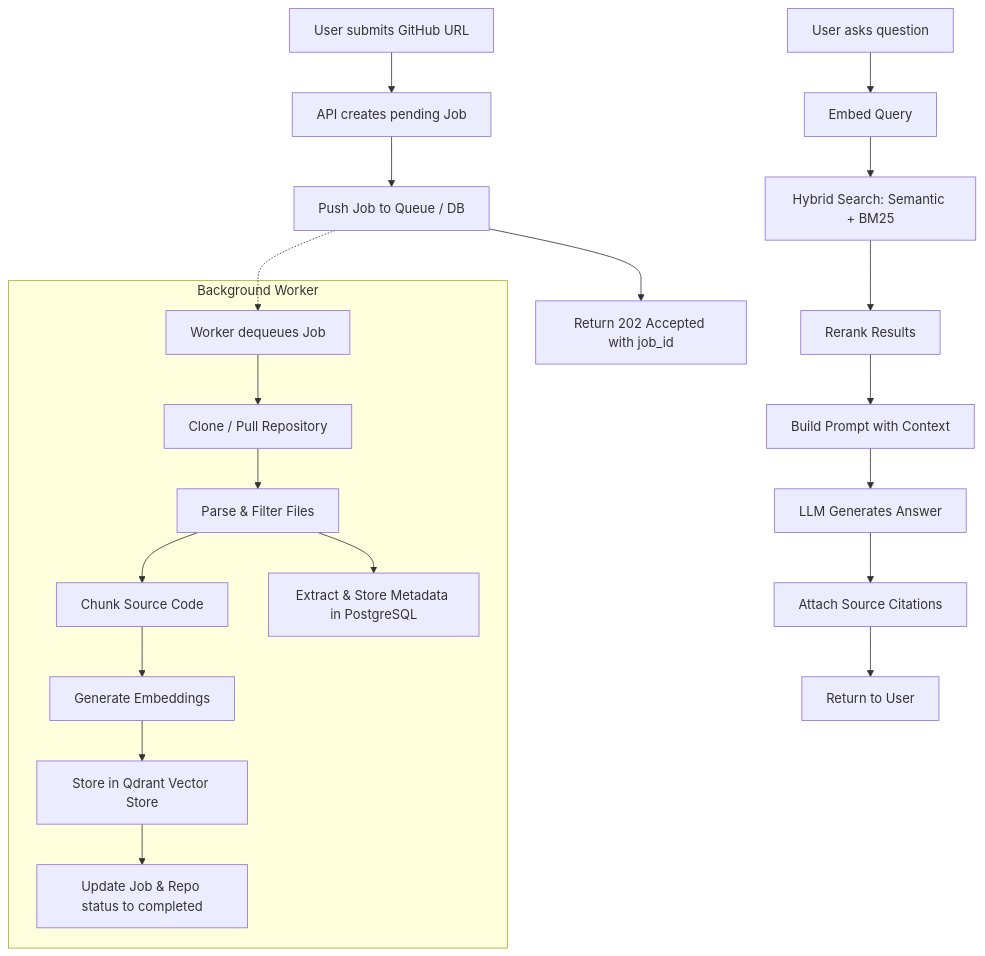
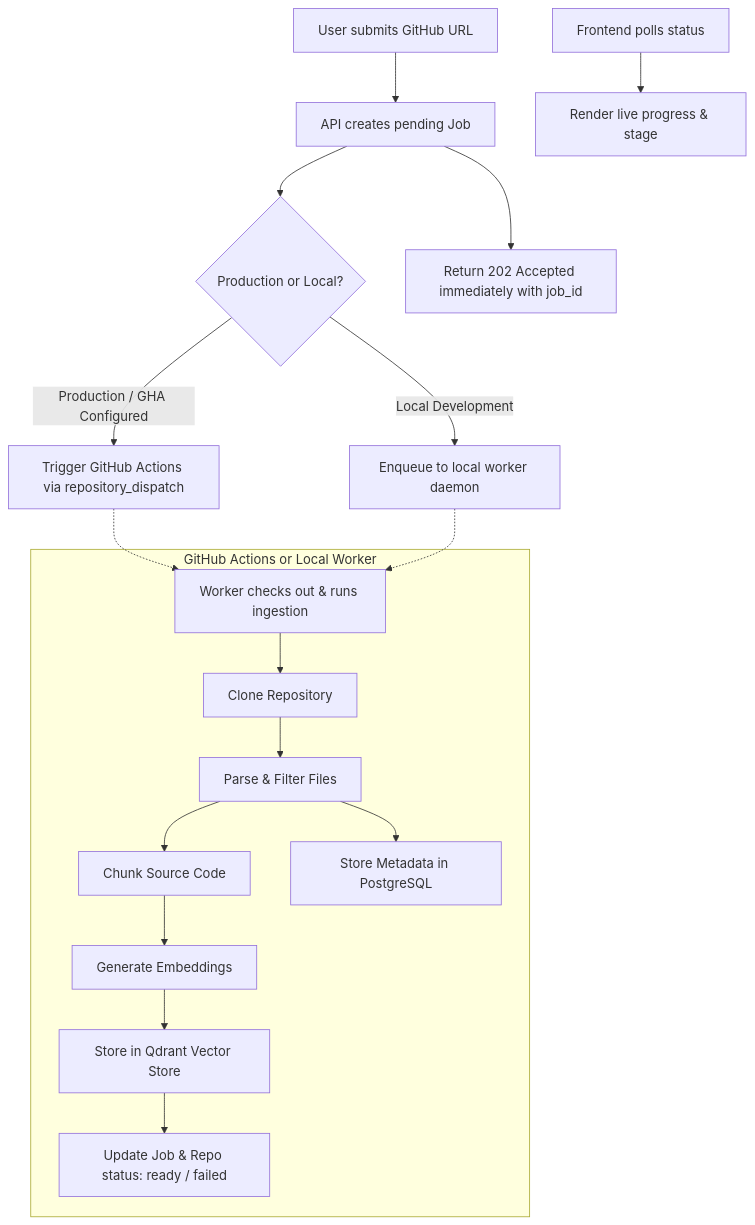
The second of 2 diagrams in README.md (dimeneman/Repo-Pilot), drawn with Mermaid before and after one commit. The commit also changed other lines of this file and 14 other files, not shown here.

Commit message:
Switch ingestion to GitHub Actions async flow

````diff
--- a/README.md
+++ b/README.md
@@ -46,26 +47,23 @@
 ```mermaid
 flowchart TD
     A[User submits GitHub URL] --> B[API creates pending Job]
-    B --> C[Push Job to Queue / DB]
-    C --> D[Return 202 Accepted with job_id]
+    B --> C{Production or Local?}
+    C -->|Production / GHA Configured| D[Trigger GitHub Actions via repository_dispatch]
+    C -->|Local Development| E[Enqueue to local worker daemon]
+    B --> F[Return 202 Accepted immediately with job_id]
     
-    subgraph Background Worker
-        E[Worker dequeues Job] --> F[Clone / Pull Repository]
-        F --> G[Parse & Filter Files]
-        G --> H[Chunk Source Code]
-        H --> I[Generate Embeddings]
-        I --> J[Store in Qdrant Vector Store]
-        G --> K[Extract & Store Metadata in PostgreSQL]
-        J --> L[Update Job & Repo status to completed]
+    subgraph GitHub Actions or Local Worker
+        G[Worker checks out & runs ingestion] --> H[Clone Repository]
+        H --> I[Parse & Filter Files]
+        I --> J[Chunk Source Code]
+        J --> K[Generate Embeddings]
+        K --> L[Store in Qdrant Vector Store]
+        I --> M[Store Metadata in PostgreSQL]
+        L --> N[Update Job & Repo status: ready / failed]
     end
     
-    C -.-> E
+    D -.-> G
+    E -.-> G
     
-    M[User asks question] --> N[Embed Query]
-    N --> O[Hybrid Search: Semantic + BM25]
-    O --> P[Rerank Results]
-    P --> Q[Build Prompt with Context]
-    Q --> R[LLM Generates Answer]
-    R --> S[Attach Source Citations]
-    S --> T[Return to User]
+    O[Frontend polls status] --> P[Render live progress & stage]
 ```
````
